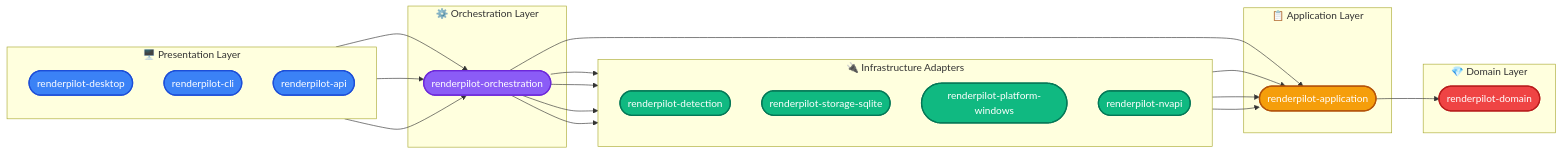
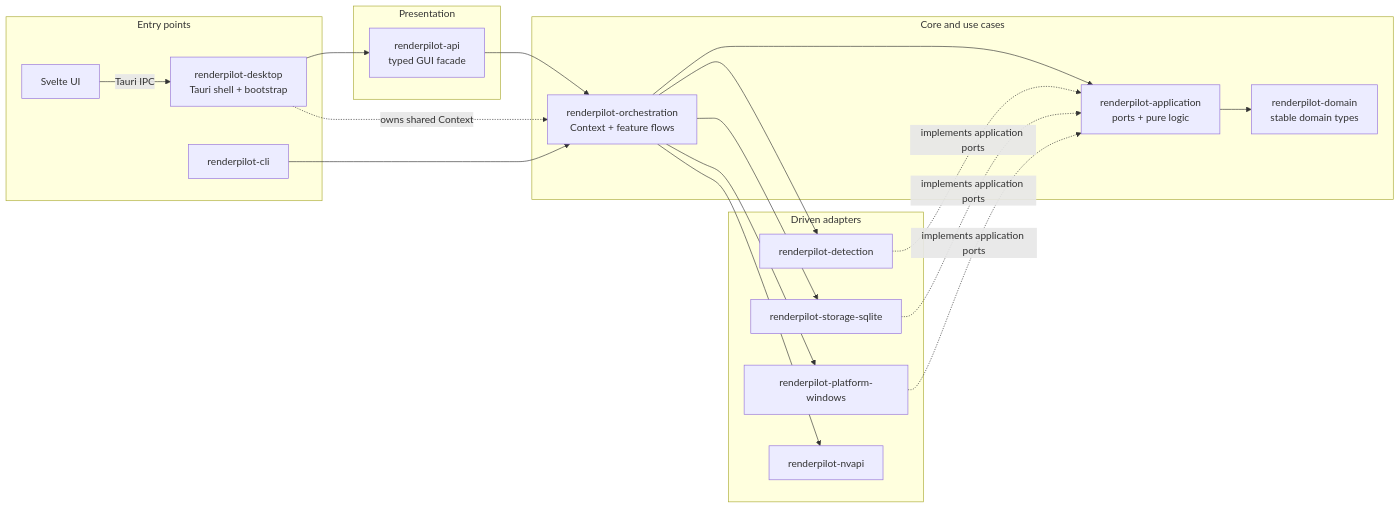
The diagram in README.md (osyka-yuri/renderpilot), drawn with Mermaid before and after one commit. The commit also changed other lines of this file and 7 other files, not shown here.

````diff
--- a/README.md
+++ b/README.md
@@ -92,79 +98,38 @@
 ```mermaid
 flowchart LR
+    subgraph ENTRY["Entry points"]
+        UI["Svelte UI"]
+        DESKTOP["renderpilot-desktop<br/>Tauri shell + bootstrap"]
+        CLI["renderpilot-cli"]
+        UI -->|"Tauri IPC"| DESKTOP
+    end
 
-%% =========================
-%% Presentation Layer
-%% =========================
-subgraph P["🖥️ Presentation Layer"]
-    direction TB
-    Desktop(["renderpilot-desktop"])
-    CLI(["renderpilot-cli"])
-    API(["renderpilot-api"])
-end
+    subgraph DELIVERY["Presentation"]
+        API["renderpilot-api<br/>typed GUI facade"]
+    end
 
-%% =========================
-%% Orchestration Layer
-%% =========================
-subgraph O["⚙️ Orchestration Layer"]
-    ORCH(["renderpilot-orchestration"])
-end
+    subgraph CORE["Core and use cases"]
+        ORCH["renderpilot-orchestration<br/>Context + feature flows"]
+        APP["renderpilot-application<br/>ports + pure logic"]
+        DOMAIN["renderpilot-domain<br/>stable domain types"]
+        ORCH --> APP --> DOMAIN
+    end
 
-%% =========================
-%% Application Layer
-%% =========================
-subgraph A["📋 Application Layer"]
-    APP(["renderpilot-application"])
-end
+    subgraph ADAPTERS["Driven adapters"]
+        DETECT["renderpilot-detection"]
+        SQLITE["renderpilot-storage-sqlite"]
+        WINDOWS["renderpilot-platform-windows"]
+        NVAPI["renderpilot-nvapi"]
+    end
 
-%% =========================
-%% Domain Layer
-%% =========================
-subgraph D["💎 Domain Layer"]
-    DOMAIN(["renderpilot-domain"])
-end
-
-%% =========================
-%% Infrastructure Layer
-%% =========================
-subgraph I["🔌 Infrastructure Adapters"]
-    direction TB
-    DETECT(["renderpilot-detection"])
-    SQLITE(["renderpilot-storage-sqlite"])
-    WINDOWS(["renderpilot-platform-windows"])
-    NVAPI(["renderpilot-nvapi"])
-end
-
-%% =========================
-%% Main flow (clean vertical logic)
-%% =========================
-Desktop --> ORCH
-CLI --> ORCH
-API --> ORCH
-
-ORCH --> APP
-ORCH --> DETECT
-ORCH --> SQLITE
-ORCH --> WINDOWS
-ORCH --> NVAPI
-
-DETECT --> APP
-SQLITE --> APP
-WINDOWS --> APP
-
-APP --> DOMAIN
-
-%% =========================
-%% Styling
-%% =========================
-classDef presentation fill:#3b82f6,color:#fff,stroke:#1d4ed8,stroke-width:2px;
-classDef orchestration fill:#8b5cf6,color:#fff,stroke:#6d28d9,stroke-width:2px;
-classDef application fill:#f59e0b,color:#fff,stroke:#b45309,stroke-width:2px;
-classDef domain fill:#ef4444,color:#fff,stroke:#b91c1c,stroke-width:2px;
-classDef infra fill:#10b981,color:#fff,stroke:#047857,stroke-width:2px;
-
-class Desktop,CLI,API presentation;
-class ORCH orchestration;
-class APP application;
-class DOMAIN domain;
-class DETECT,SQLITE,WINDOWS,NVAPI infra;
+    DESKTOP --> API --> ORCH
+    DESKTOP -. "owns shared Context" .-> ORCH
+    CLI --> ORCH
+    ORCH --> DETECT
+    ORCH --> SQLITE
+    ORCH --> WINDOWS
+    ORCH --> NVAPI
+    DETECT -. "implements application ports" .-> APP
+    SQLITE -. "implements application ports" .-> APP
+    WINDOWS -. "implements application ports" .-> APP
 ```
````
